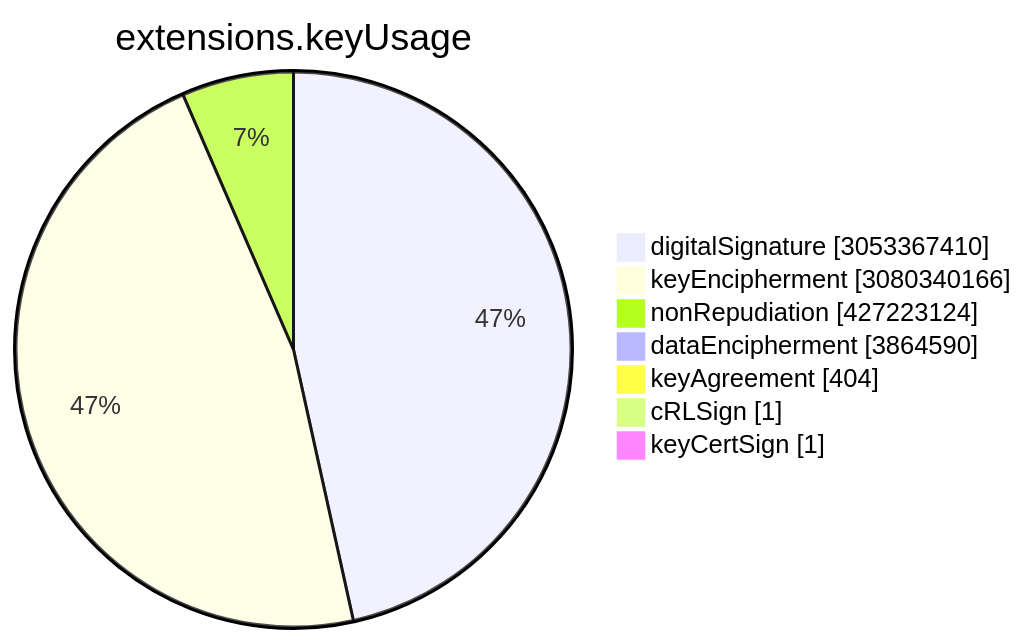
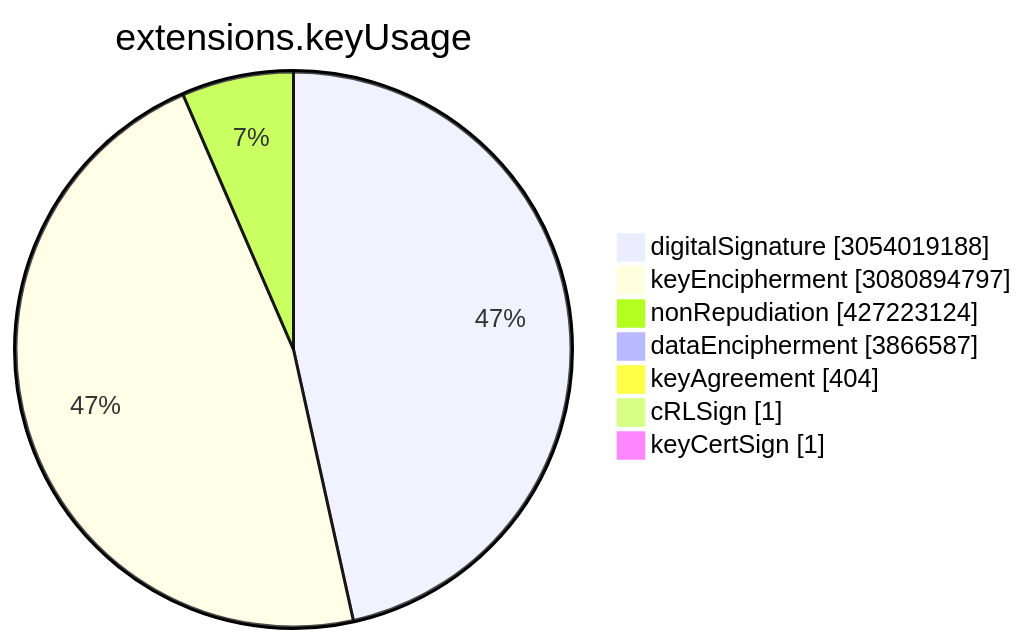
The sixth of 15 diagrams in TOTAL/README.md (christiankrug/ctmonitor_visualization), drawn with Mermaid before and after one commit. The commit also changed other lines of this file, not shown here.

````diff
--- a/TOTAL/README.md
+++ b/TOTAL/README.md
@@ -3077,11 +3077,11 @@
 ```mermaid
 pie showData
 title extensions.keyUsage
-"digitalSignature" :3053367410
-"keyEncipherment" :3080340166
+"digitalSignature" :3054019188
+"keyEncipherment" :3080894797
 "nonRepudiation" :427223124
-"dataEncipherment" :3864590
+"dataEncipherment" :3866587
 "keyAgreement" :404
 "cRLSign" :1
 "keyCertSign" :1
 ```
````
